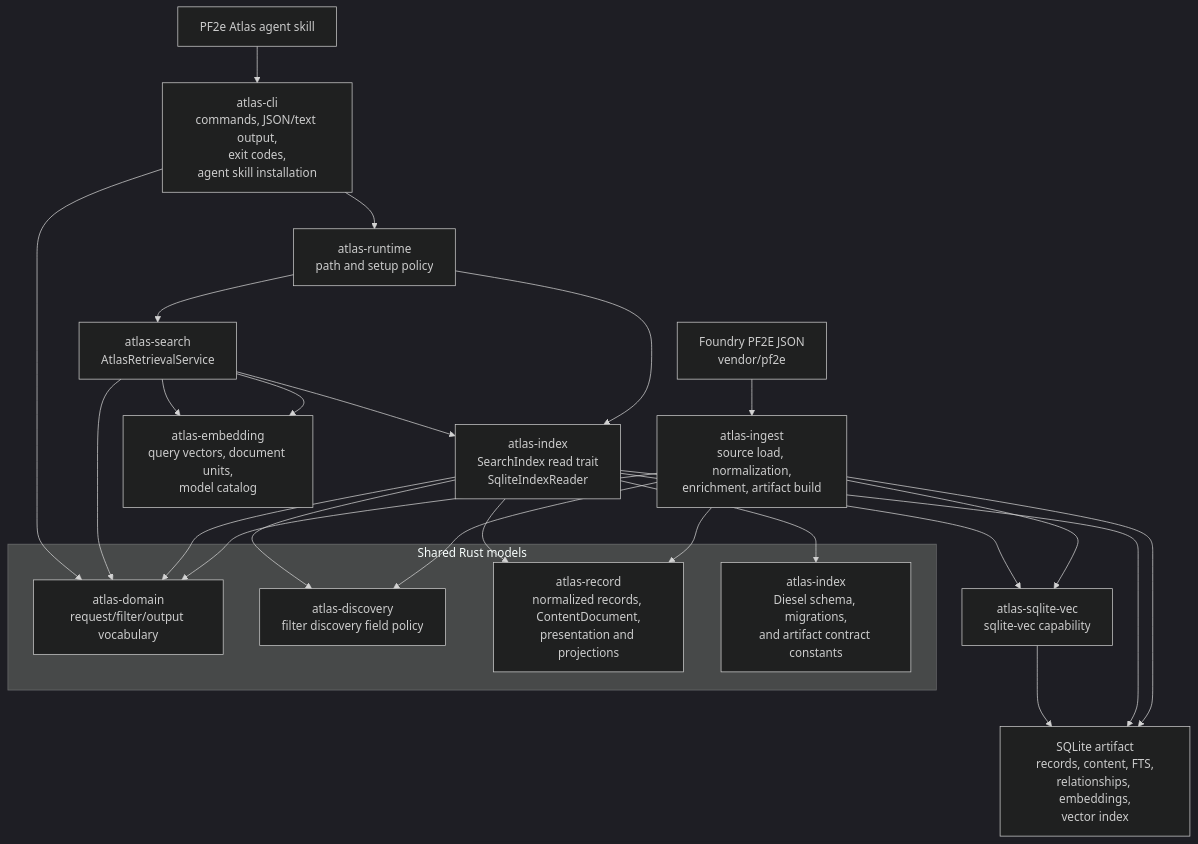
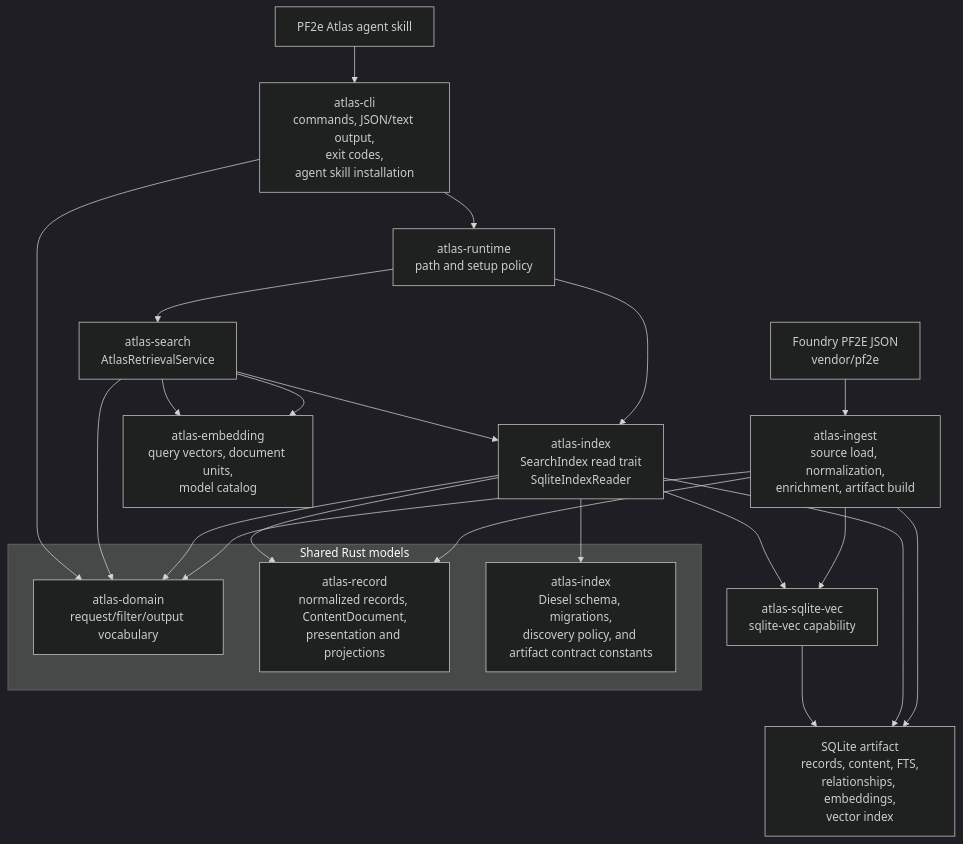
The first of 4 diagrams in docs/architecture/runtime.md (e-kosten/pf2e-atlas), drawn with Mermaid (dark theme) before and after one commit. The commit also changed other lines of this file and 24 other files, not shown here.

Commit message:
refactor(index): fold discovery policy into index

````diff
--- a/docs/architecture/runtime.md
+++ b/docs/architecture/runtime.md
@@ -9,35 +9,32 @@
 ```mermaid
 flowchart TD
     source["Foundry PF2E JSON<br/>vendor/pf2e"] --> ingest["atlas-ingest<br/>source load, normalization,<br/>enrichment, artifact build"]
     ingest --> artifact["SQLite artifact<br/>records, content, FTS,<br/>relationships, embeddings,<br/>vector index"]
 
     skill["PF2e Atlas agent skill"] --> cli["atlas-cli<br/>commands, JSON/text output,<br/>exit codes,<br/>agent skill installation"]
     cli --> runtime["atlas-runtime<br/>path and setup policy"]
     runtime --> search["atlas-search<br/>AtlasRetrievalService"]
     runtime --> index["atlas-index<br/>SearchIndex read trait<br/>SqliteIndexReader"]
 
     search --> index
     search --> embedding["atlas-embedding<br/>query vectors, document units,<br/>model catalog"]
     index --> artifact
     ingest --> sqliteVec["atlas-sqlite-vec<br/>sqlite-vec capability"]
     index --> sqliteVec
     sqliteVec --> artifact
 
     subgraph SharedRustModels["Shared Rust models"]
       domain["atlas-domain<br/>request/filter/output vocabulary"]
-      discovery["atlas-discovery<br/>filter discovery field policy"]
       record["atlas-record<br/>normalized records, ContentDocument,<br/>presentation and projections"]
-      artifactSchema["atlas-index<br/>Diesel schema, migrations,<br/>and artifact contract constants"]
+      artifactSchema["atlas-index<br/>Diesel schema, migrations,<br/>discovery policy, and artifact contract constants"]
     end
 
     ingest --> domain
-    ingest --> discovery
     ingest --> record
     index --> domain
-    index --> discovery
     index --> record
     index --> artifactSchema
     search --> domain
     search --> embedding
     cli --> domain
 ```
````
